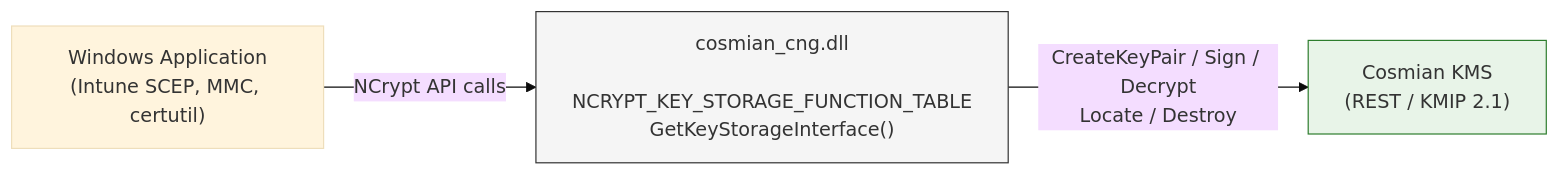
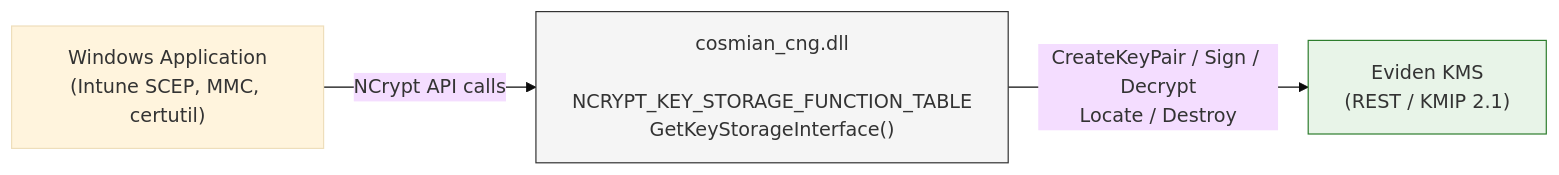
One commit to Cosmian/kms changed the sixth of 7 diagrams in documentation/docs/integrations/cloud_providers/microsoft/windows_cng_ksp.md. Above: the diagram before and after it, drawn with Mermaid (base theme). The commit also changed other lines of this file and 6 other files, not shown here.

````diff
--- a/documentation/docs/integrations/cloud_providers/microsoft/windows_cng_ksp.md
+++ b/documentation/docs/integrations/cloud_providers/microsoft/windows_cng_ksp.md
@@ -217,7 +217,7 @@
 ```mermaid
 flowchart LR
     App["Windows Application<br/>(Intune SCEP, MMC, certutil)"] -->|NCrypt API calls| DLL["cosmian_cng.dll<br/><br/>NCRYPT_KEY_STORAGE_FUNCTION_TABLE<br/>GetKeyStorageInterface()"]
-    DLL -->|"CreateKeyPair / Sign / Decrypt<br/>Locate / Destroy"| KMS["Cosmian KMS<br/>(REST / KMIP 2.1)"]
+    DLL -->|"CreateKeyPair / Sign / Decrypt<br/>Locate / Destroy"| KMS["Eviden KMS<br/>(REST / KMIP 2.1)"]
     style DLL fill:#f5f5f5,stroke:#333
     style KMS fill:#e8f4e8,stroke:#2d7d2d
 ```
````
